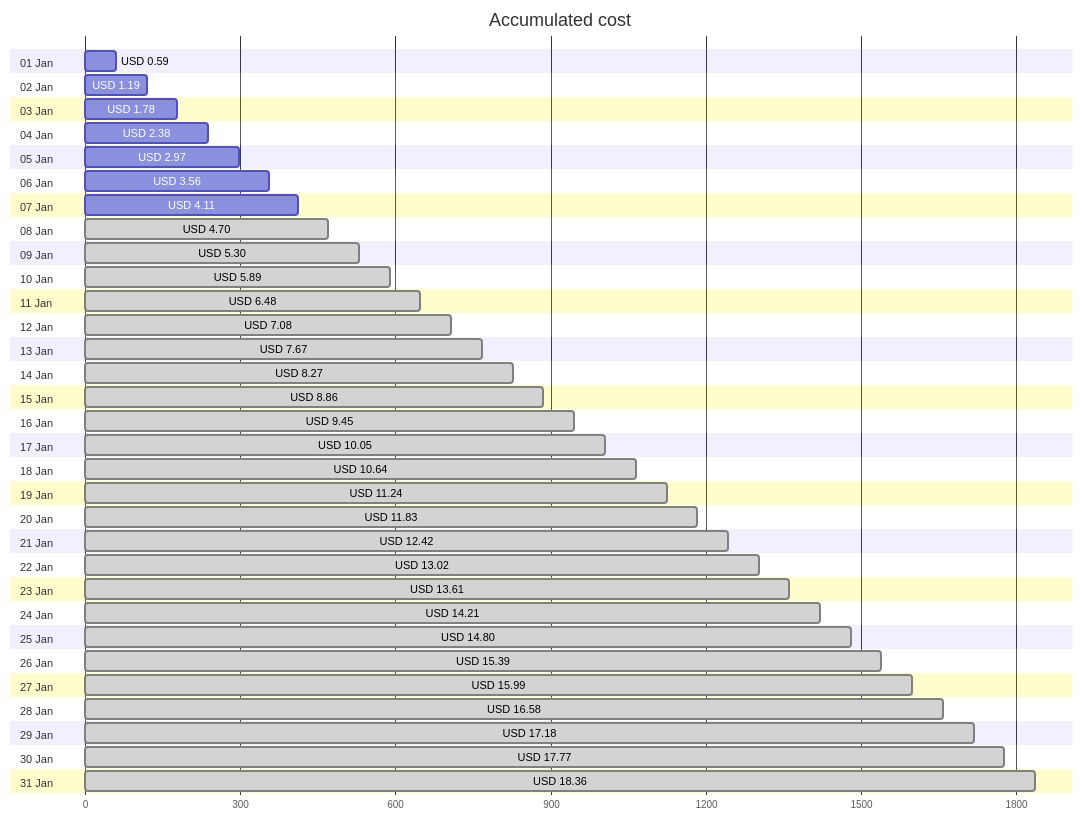
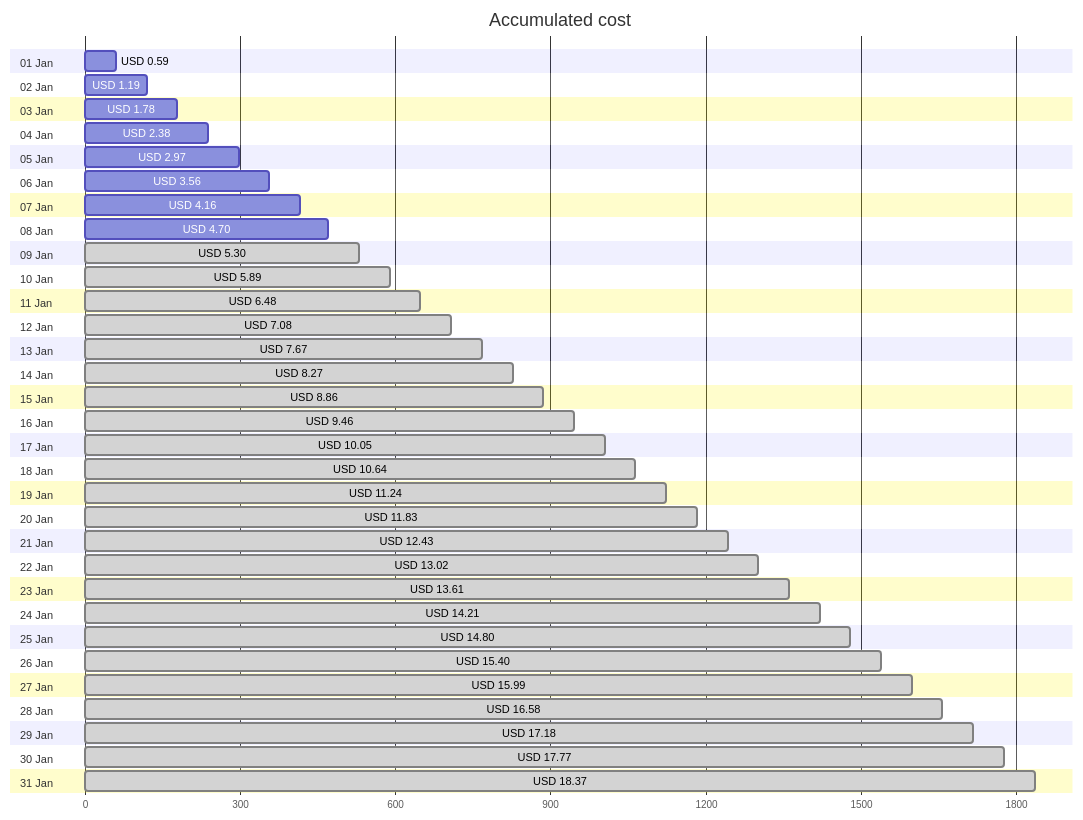
Before and after one commit to jpfulton/azure-personal-reports: the first of 4 diagrams in cost-reports/personal-site/README.md, drawn with Mermaid. The commit also changed other lines of this file and 6 other files, not shown here.

````diff
--- a/cost-reports/personal-site/README.md
+++ b/cost-reports/personal-site/README.md
@@ -20,68 +20,68 @@
 ```mermaid
 gantt
    title Accumulated cost
    dateFormat  X
    axisFormat %s
    section 01 Jan
    USD 0.59 :0, 59
    section 02 Jan
    USD 1.19 :0, 119
    section 03 Jan
    USD 1.78 :0, 178
    section 04 Jan
    USD 2.38 :0, 238
    section 05 Jan
    USD 2.97 :0, 297
    section 06 Jan
    USD 3.56 :0, 356
    section 07 Jan
-   USD 4.11 :0, 411
+   USD 4.16 :0, 416
    section 08 Jan
-   USD 4.70 : done, 0, 470
+   USD 4.70 :0, 470
    section 09 Jan
    USD 5.30 : done, 0, 530
    section 10 Jan
    USD 5.89 : done, 0, 589
    section 11 Jan
    USD 6.48 : done, 0, 648
    section 12 Jan
    USD 7.08 : done, 0, 708
    section 13 Jan
    USD 7.67 : done, 0, 767
    section 14 Jan
    USD 8.27 : done, 0, 827
    section 15 Jan
    USD 8.86 : done, 0, 886
    section 16 Jan
-   USD 9.45 : done, 0, 945
+   USD 9.46 : done, 0, 946
    section 17 Jan
    USD 10.05 : done, 0, 1005
    section 18 Jan
    USD 10.64 : done, 0, 1064
    section 19 Jan
    USD 11.24 : done, 0, 1124
    section 20 Jan
    USD 11.83 : done, 0, 1183
    section 21 Jan
-   USD 12.42 : done, 0, 1242
+   USD 12.43 : done, 0, 1243
    section 22 Jan
    USD 13.02 : done, 0, 1302
    section 23 Jan
    USD 13.61 : done, 0, 1361
    section 24 Jan
    USD 14.21 : done, 0, 1421
    section 25 Jan
    USD 14.80 : done, 0, 1480
    section 26 Jan
-   USD 15.39 : done, 0, 1539
+   USD 15.40 : done, 0, 1540
    section 27 Jan
    USD 15.99 : done, 0, 1599
    section 28 Jan
    USD 16.58 : done, 0, 1658
    section 29 Jan
    USD 17.18 : done, 0, 1718
    section 30 Jan
    USD 17.77 : done, 0, 1777
    section 31 Jan
-   USD 18.36 : done, 0, 1836
+   USD 18.37 : done, 0, 1837
 ```
````
